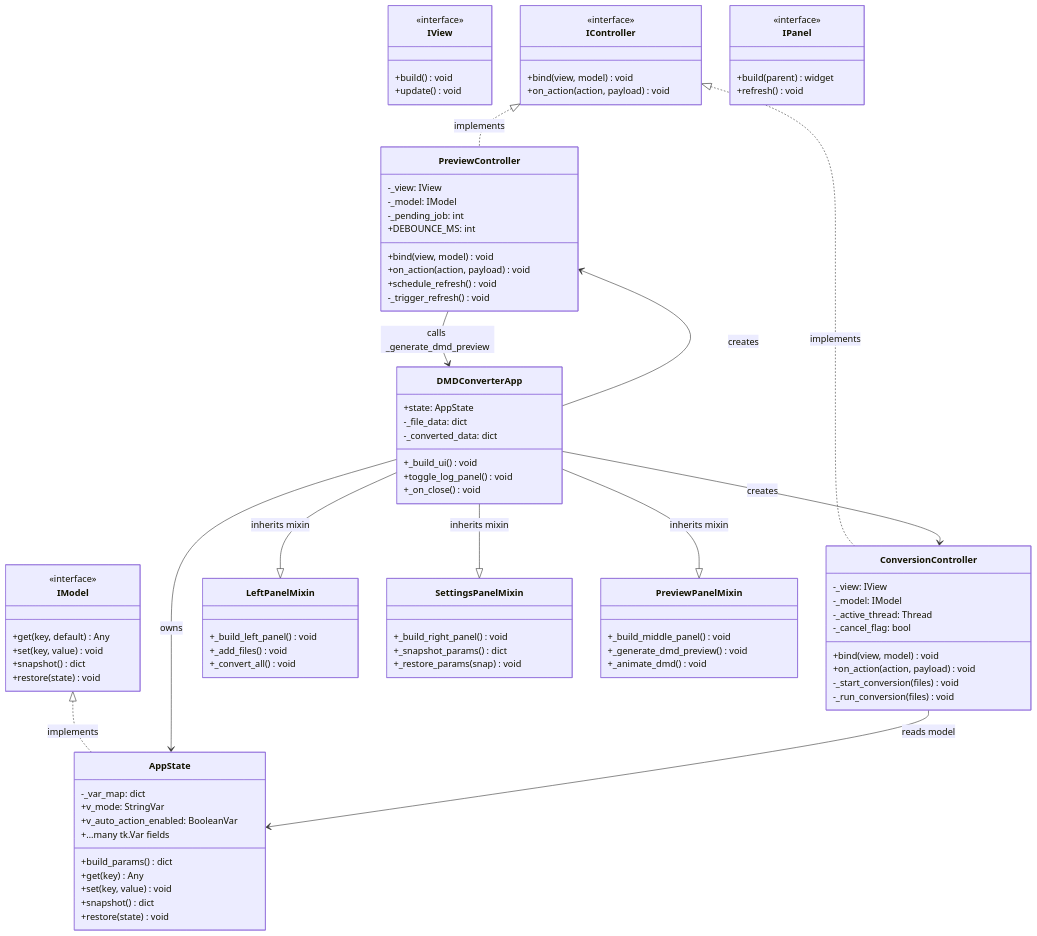
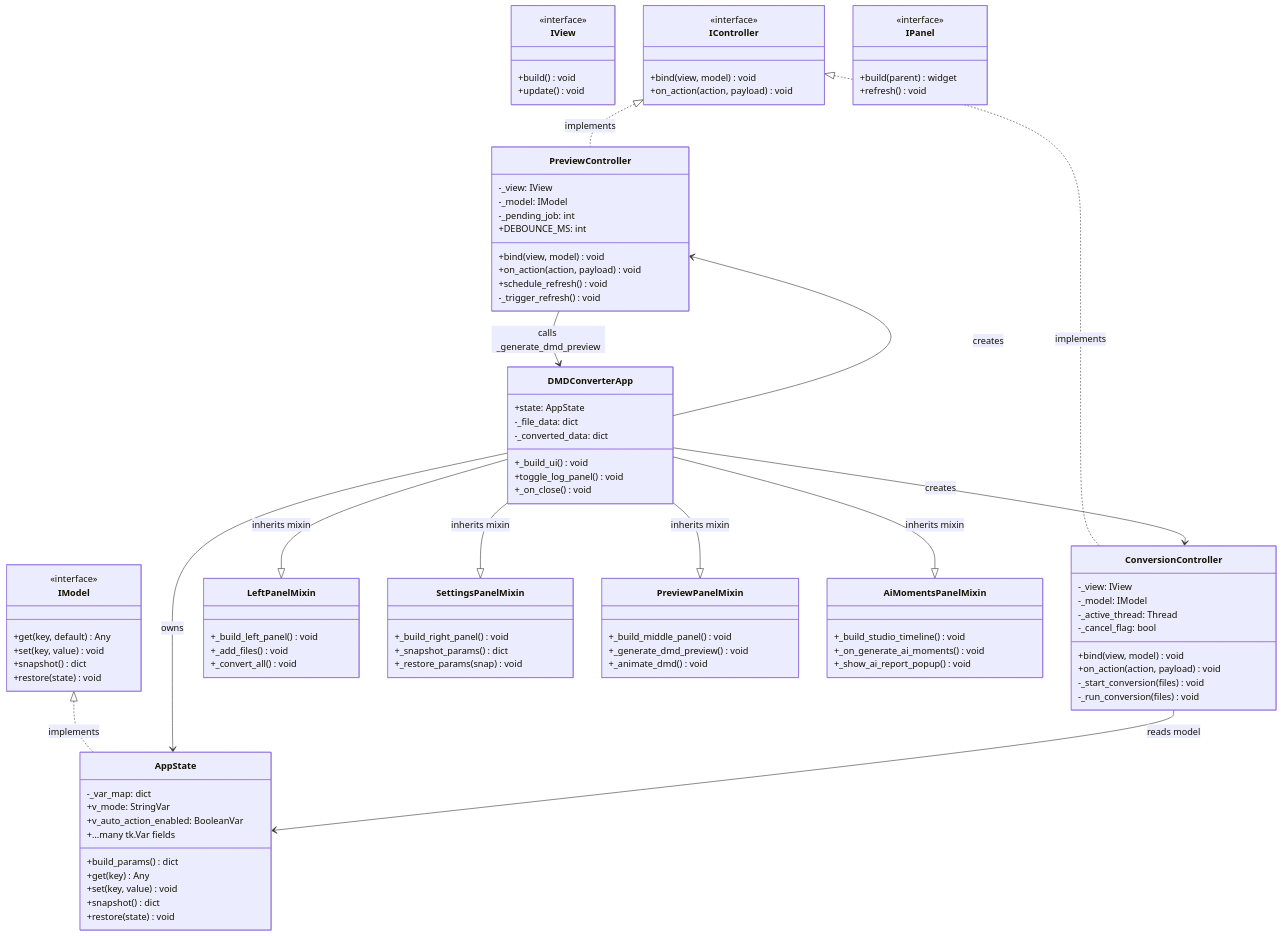
One commit to red77290/dmd_gif_converter changed the third of 9 diagrams in ARCHITECTURE.md. Above: the diagram before and after it, drawn with Mermaid. The commit also changed other lines of this file and 10 other files, not shown here.

First line of the commit message:
feat: AI Moments Studio Timeline & CLI Support

```diff
--- a/ARCHITECTURE.md
+++ b/ARCHITECTURE.md
@@ -483,6 +483,11 @@
         +_generate_dmd_preview() void
         +_animate_dmd() void
     }
+    class AiMomentsPanelMixin {
+        +_build_studio_timeline() void
+        +_on_generate_ai_moments() void
+        +_show_ai_report_popup() void
+    }
 
     IModel <|.. AppState : implements
     IController <|.. ConversionController : implements
@@ -490,6 +495,7 @@
     DMDConverterApp --|> LeftPanelMixin : inherits mixin
     DMDConverterApp --|> SettingsPanelMixin : inherits mixin
     DMDConverterApp --|> PreviewPanelMixin : inherits mixin
+    DMDConverterApp --|> AiMomentsPanelMixin : inherits mixin
     DMDConverterApp --> AppState : owns
     DMDConverterApp --> ConversionController : creates
     DMDConverterApp --> PreviewController : creates
```
